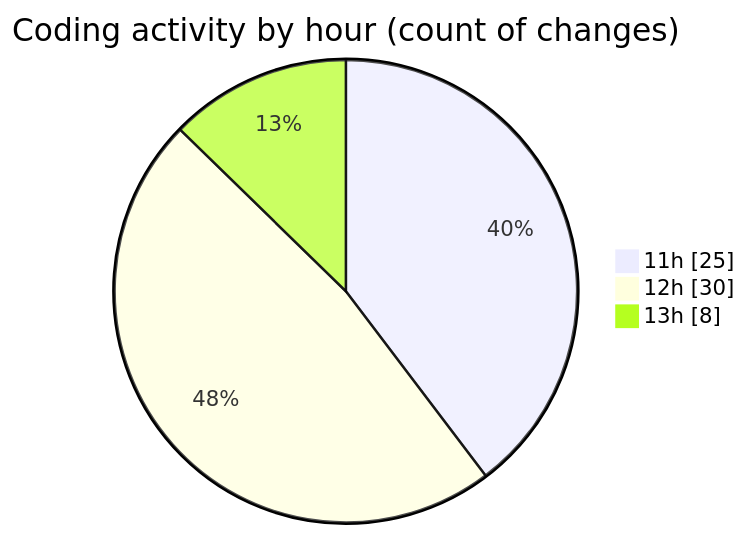
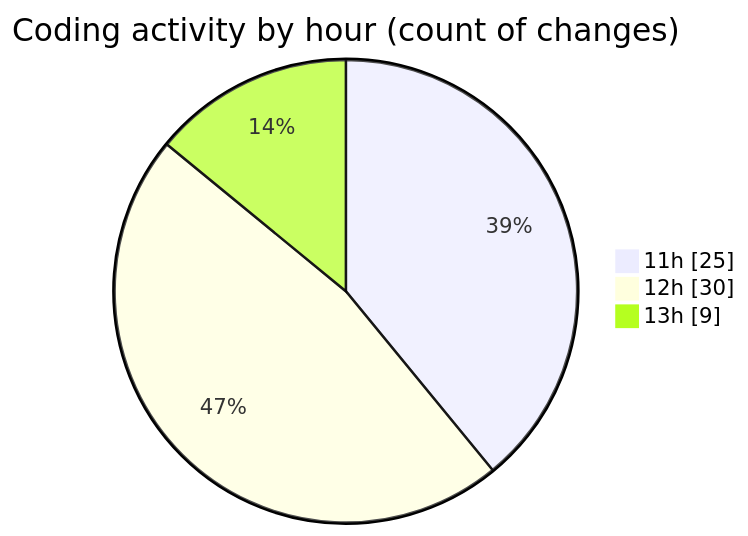
Before and after one commit to nxtqubesakshisongat/code-tracking: the second of 2 diagrams in 2025-08-13/nxtqube_webapp/README.md, drawn with Mermaid. The commit also changed other lines of this file and 1 other file, not shown here.

````diff
--- a/2025-08-13/nxtqube_webapp/README.md
+++ b/2025-08-13/nxtqube_webapp/README.md
@@ -33,7 +33,7 @@
 ```mermaid
 pie showData
 title Coding activity by hour (count of changes)
 "11h" : 25
 "12h" : 30
-"13h" : 8
+"13h" : 9
 ```
````
